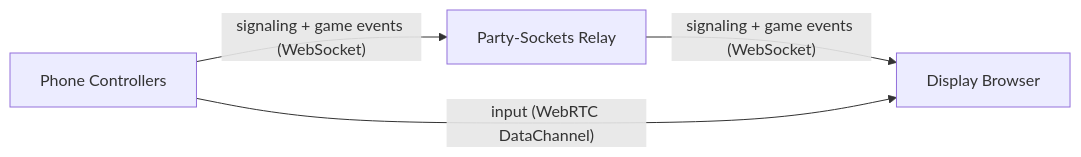
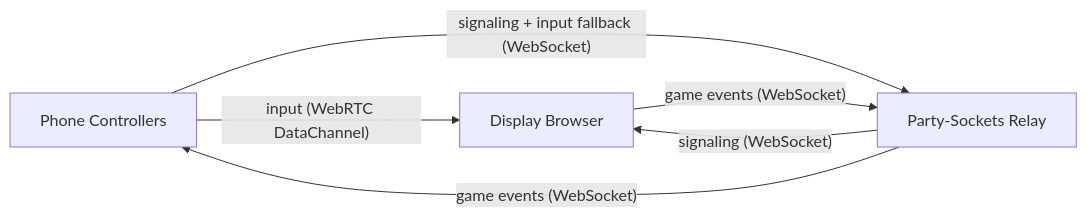
One commit to tim4724/HexStacker-Party changed the diagram in README.md. Above: the diagram before and after it, drawn with Mermaid.

Commit message:
docs(readme): fix game-event direction in architecture diagram
Game events flow display → relay → controllers, not the other way.
Controllers send signaling and input fallback to the relay only.

````diff
--- a/README.md
+++ b/README.md
@@ -17,6 +17,8 @@
 ```mermaid
 graph LR
-    P[Phone Controllers] -- "signaling + game events (WebSocket)" --> R[Party-Sockets Relay]
-    R -- "signaling + game events (WebSocket)" --> D[Display Browser]
-    P -- "input (WebRTC DataChannel)" --> D
+    P[Phone Controllers] -- "input (WebRTC DataChannel)" --> D[Display Browser]
+    P -- "signaling + input fallback (WebSocket)" --> R[Party-Sockets Relay]
+    R -- "signaling (WebSocket)" --> D
+    D -- "game events (WebSocket)" --> R
+    R -- "game events (WebSocket)" --> P
 ```
````
